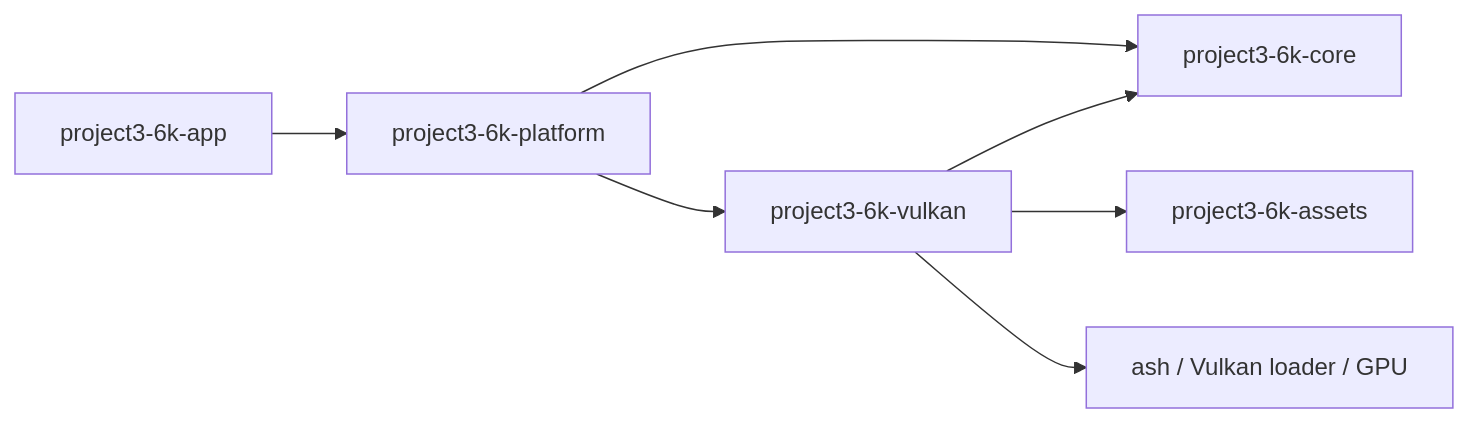
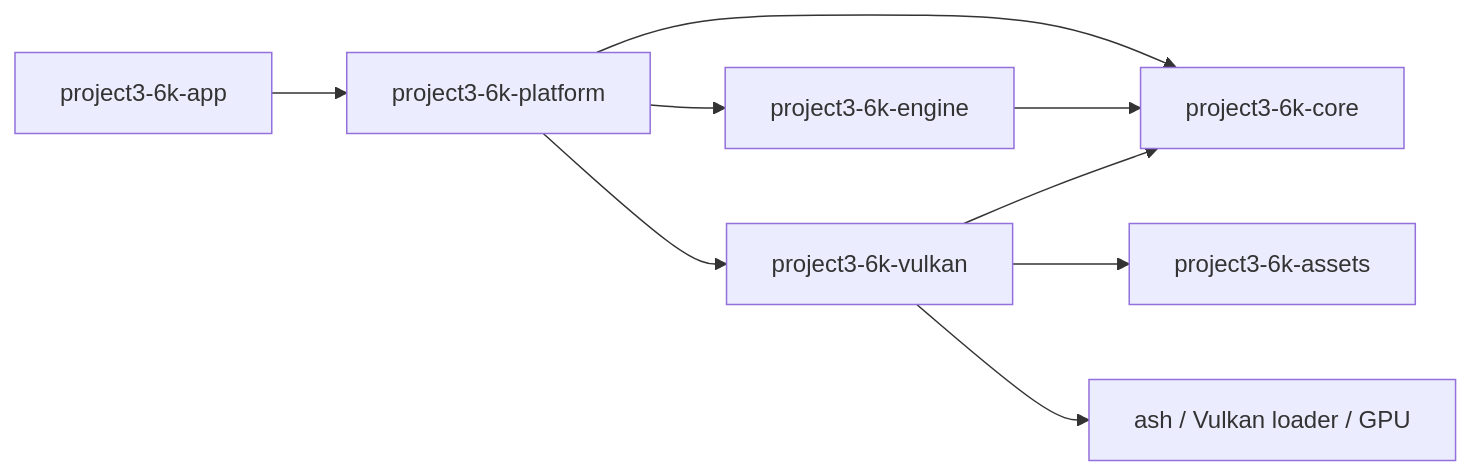
The diagram in docs/architecture/overview.md (LarpingAgent/Project3.6k), drawn with Mermaid before and after one commit. The commit also changed other lines of this file and 19 other files, not shown here.

Commit message:
feat(engine): add lifecycle event and timestep core

````diff
--- a/docs/architecture/overview.md
+++ b/docs/architecture/overview.md
@@ -7,9 +7,11 @@
 ```mermaid
 flowchart LR
   app[project3-6k-app] --> platform[project3-6k-platform]
   platform --> core[project3-6k-core]
+  platform --> engine[project3-6k-engine]
   platform --> vulkan[project3-6k-vulkan]
+  engine --> core
   vulkan --> core
   vulkan --> assets[project3-6k-assets]
   vulkan --> driver[ash / Vulkan loader / GPU]
 ```
````
